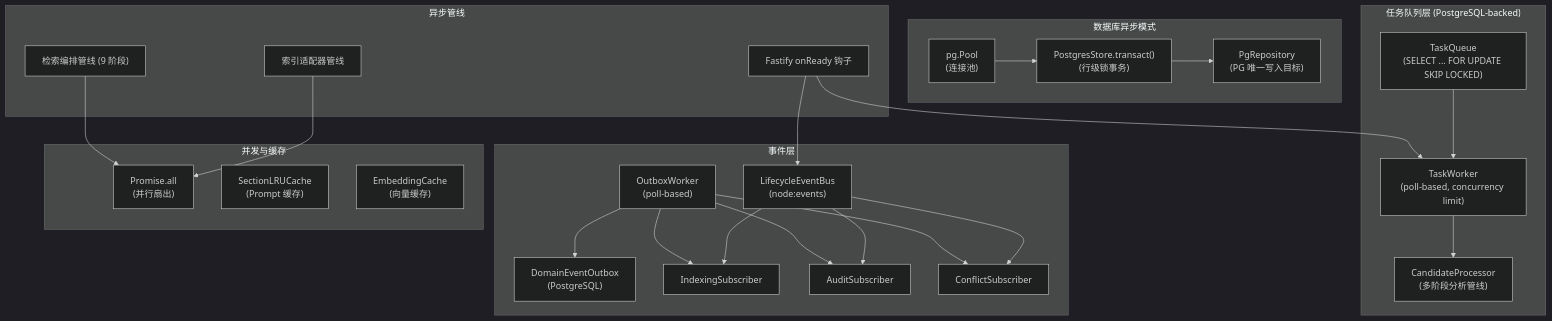
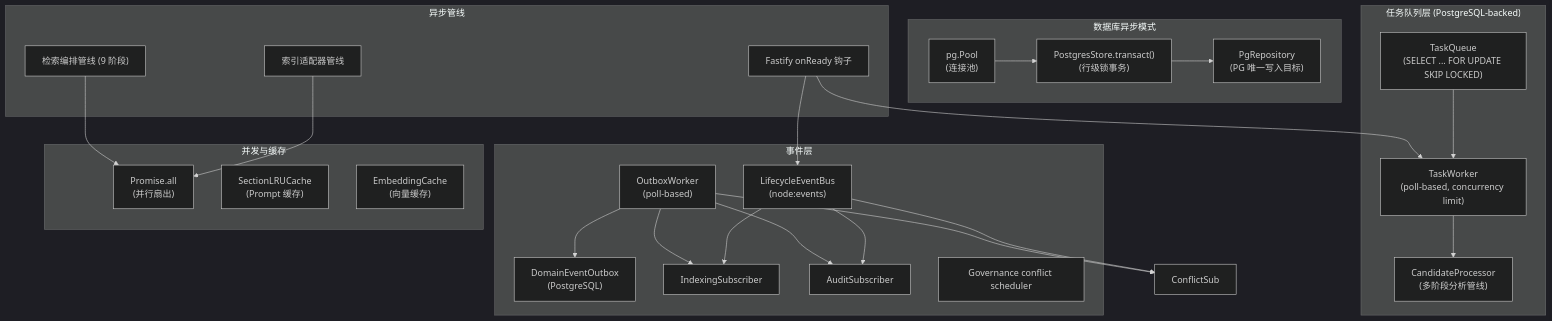
The first of 6 diagrams in docs/architecture/components/ASYNC_INFRASTRUCTURE.md (pofossette/TrapMap-for-vibing), drawn with Mermaid (dark theme) before and after one commit. The commit also changed other lines of this file and 14 other files, not shown here.

````diff
--- a/docs/architecture/components/ASYNC_INFRASTRUCTURE.md
+++ b/docs/architecture/components/ASYNC_INFRASTRUCTURE.md
@@ -13,54 +13,54 @@
 ```mermaid
 flowchart TB
     subgraph 事件层["事件层"]
         EventBus["LifecycleEventBus\n(node:events)"]
         Outbox["DomainEventOutbox\n(PostgreSQL)"]
         OutboxWorker["OutboxWorker\n(poll-based)"]
         IndexSub["IndexingSubscriber"]
         AuditSub["AuditSubscriber"]
-        ConflictSub["ConflictSubscriber"]
+        ConflictSchedule["Governance conflict scheduler"]
     end
 
     subgraph 任务队列层["任务队列层 (PostgreSQL-backed)"]
         TaskQueue["TaskQueue\n(SELECT ... FOR UPDATE SKIP LOCKED)"]
         TaskWorker["TaskWorker\n(poll-based, concurrency limit)"]
         CandidateProc["CandidateProcessor\n(多阶段分析管线)"]
     end
 
     subgraph 数据库层["数据库异步模式"]
         PgPool["pg.Pool\n(连接池)"]
         Transact["PostgresStore.transact()\n(行级锁事务)"]
         PgRepo["PgRepository\n(PG 唯一写入目标)"]
     end
 
     subgraph 并发与缓存["并发与缓存"]
         PromiseAll["Promise.all\n(并行扇出)"]
         LRUCache["SectionLRUCache\n(Prompt 缓存)"]
         EmbedCache["EmbeddingCache\n(向量缓存)"]
     end
 
     subgraph 管线层["异步管线"]
         FastifyHooks["Fastify onReady 钩子"]
         AdapterPipeline["索引适配器管线"]
         RetrievalPipeline["检索编排管线 (9 阶段)"]
     end
 
     EventBus --> IndexSub
     EventBus --> AuditSub
     EventBus --> ConflictSub
     OutboxWorker --> Outbox
     OutboxWorker --> IndexSub
     OutboxWorker --> ConflictSub
     OutboxWorker --> AuditSub
 
     TaskQueue --> TaskWorker
     TaskWorker --> CandidateProc
 
     PgPool --> Transact
     Transact --> PgRepo
 
     FastifyHooks --> TaskWorker
     FastifyHooks --> EventBus
     AdapterPipeline --> PromiseAll
     RetrievalPipeline --> PromiseAll
 ```
````
